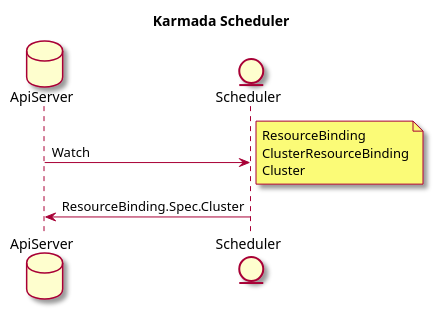
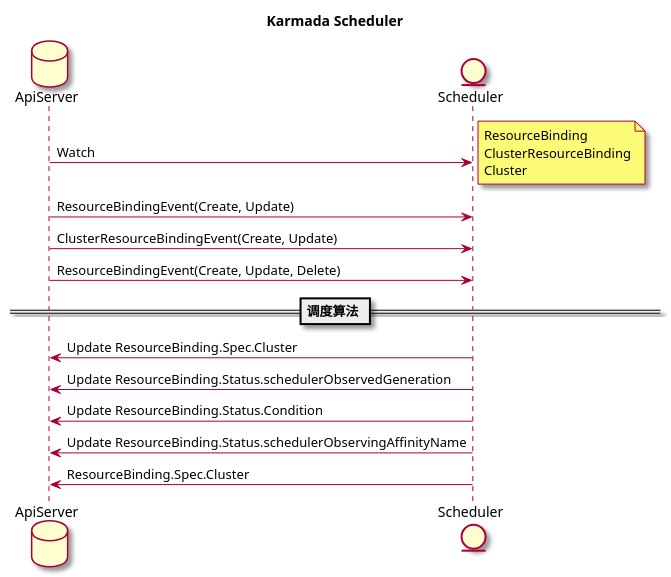
The diagram in plantuml/karmada-scheduler.plantuml (neteric/karmada), drawn with PlantUML before and after one commit. The commit also changed 5 other files, not shown here.

Commit message:
add clsuter controller plantuml

```diff
--- a/plantuml/karmada-scheduler.plantuml
+++ b/plantuml/karmada-scheduler.plantuml
@@ -1,22 +1,33 @@
 @startuml
 
 skin rose
 
 title "Karmada Scheduler"
 
 
 database "ApiServer" as ApiServer
 entity "Scheduler" as sch
 
 
 ApiServer -> sch : Watch
 
 note right
 ResourceBinding
 ClusterResourceBinding
 Cluster
 end note
 
+ApiServer -> sch: ResourceBindingEvent(Create, Update)
+ApiServer -> sch: ClusterResourceBindingEvent(Create, Update)
+ApiServer -> sch: ResourceBindingEvent(Create, Update, Delete)
+
+== 调度算法 ==
+
+sch -> ApiServer: Update ResourceBinding.Spec.Cluster
+sch -> ApiServer: Update ResourceBinding.Status.schedulerObservedGeneration
+sch -> ApiServer: Update ResourceBinding.Status.Condition
+sch -> ApiServer: Update ResourceBinding.Status.schedulerObservingAffinityName
+
 sch -> ApiServer : ResourceBinding.Spec.Cluster
 
 @enduml
```
